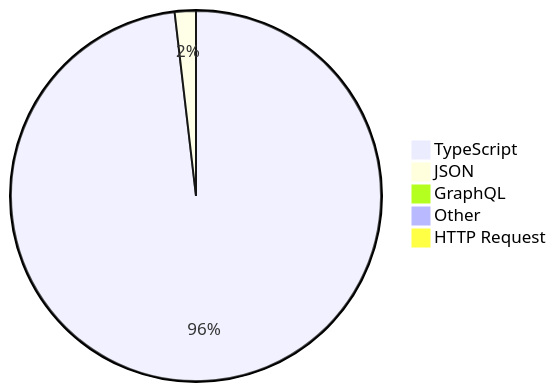
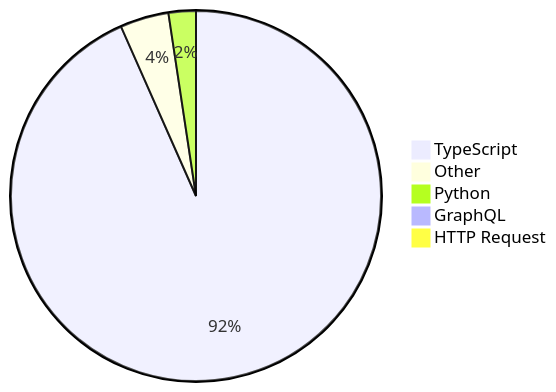
One commit to skvggor/skvggor changed the diagram in README.md. Above: the diagram before and after it, drawn with Mermaid.

Commit message:
Updated waka-readme graph with new metrics

````diff
--- a/README.md
+++ b/README.md
@@ -16,8 +16,8 @@
 ```mermaid
 pie
-    "TypeScript" : 95.8
-    "JSON" : 1.8
+    "TypeScript" : 90.1
+    "Other" : 4.1
+    "Python" : 2.3
     "GraphQL" : 0.9
-    "Other" : 0.8
     "HTTP Request" : 0.6
 ```
````
